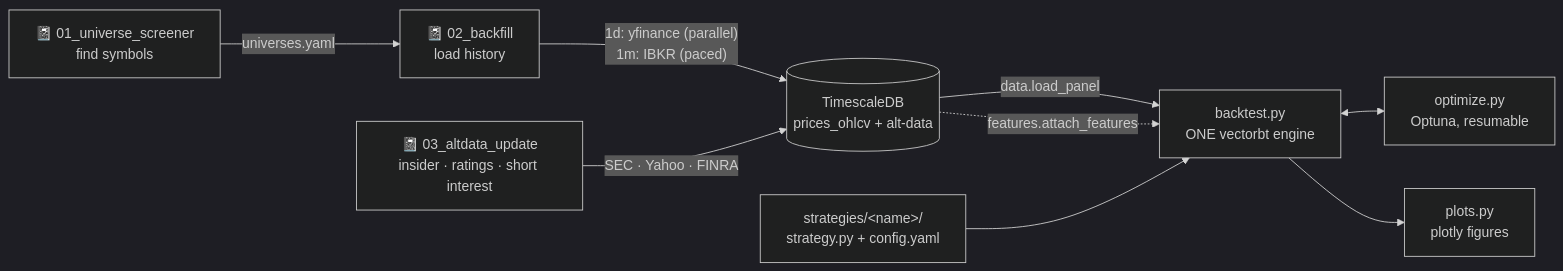
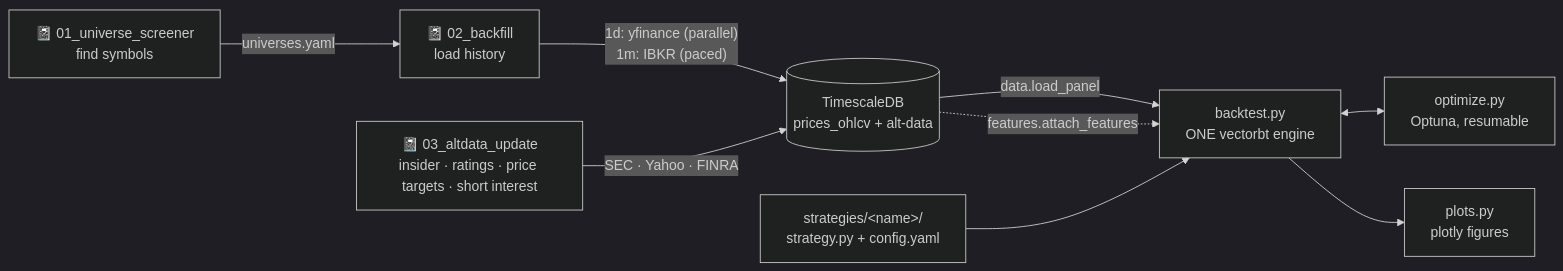
Before and after one commit to violabeca/stock-trading-simple: the diagram in README.md, drawn with Mermaid (dark theme). The commit also changed other lines of this file and 27 other files, not shown here.

````diff
--- a/README.md
+++ b/README.md
@@ -11,11 +11,11 @@
 ```mermaid
 flowchart LR
     A["📓 01_universe_screener<br>find symbols"] -->|universes.yaml| B["📓 02_backfill<br>load history"]
     B -->|"1d: yfinance (parallel)<br>1m: IBKR (paced)"| C[("TimescaleDB<br>prices_ohlcv + alt-data")]
-    G["📓 03_altdata_update<br>insider · ratings · short interest"] -->|"SEC · Yahoo · FINRA"| C
+    G["📓 03_altdata_update<br>insider · ratings · price targets · short interest"] -->|"SEC · Yahoo · FINRA"| C
     C -->|data.load_panel| D["backtest.py<br>ONE vectorbt engine"]
     C -.->|features.attach_features| D
     S["strategies/&lt;name&gt;/<br>strategy.py + config.yaml"] --> D
     D <--> E["optimize.py<br>Optuna, resumable"]
     D --> F["plots.py<br>plotly figures"]
 ```
````
